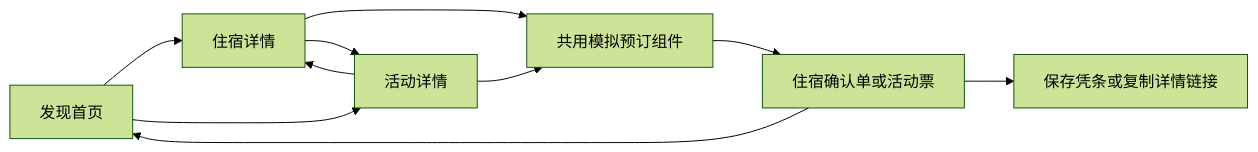
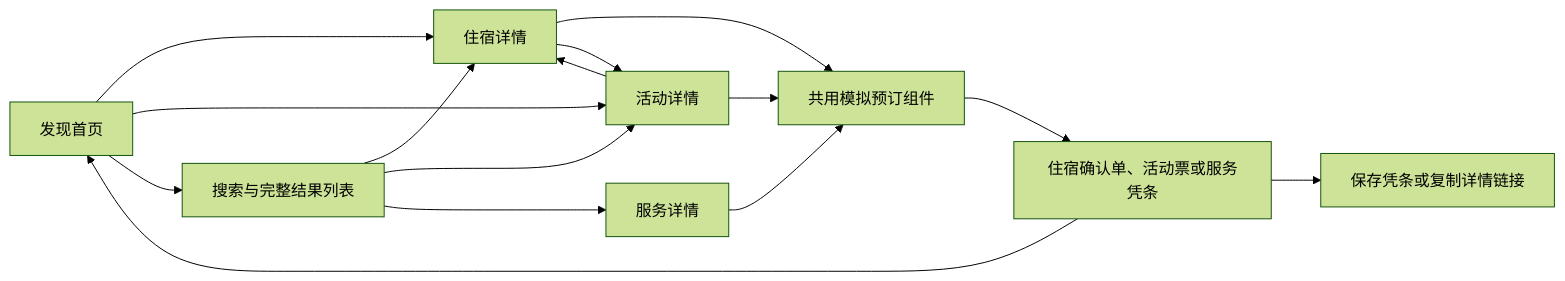
Before and after one commit to x1ngwu/plotstay: the diagram in docs/plan.md, drawn with Mermaid (forest theme). The commit also changed other lines of this file and 6 other files, not shown here.

````diff
--- a/docs/plan.md
+++ b/docs/plan.md
@@ -94,12 +103,17 @@
 ```mermaid
 flowchart LR
     A[发现首页] --> B[住宿详情]
     A --> C[活动详情]
+    A --> L[搜索与完整结果列表]
+    L --> B
+    L --> C
+    L --> G[服务详情]
     B --> D[共用模拟预订组件]
     C --> D
-    D --> E[住宿确认单或活动票]
+    G --> D
+    D --> E[住宿确认单、活动票或服务凭条]
     E --> F[保存凭条或复制详情链接]
     E --> A
     B --> C
     C --> B
 ```
````
